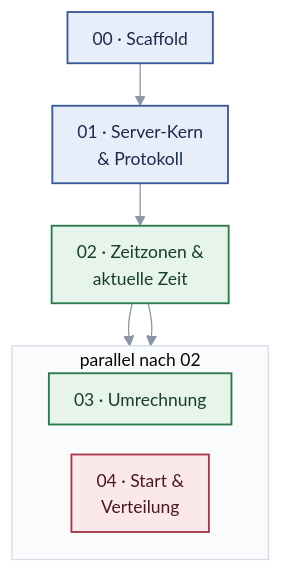
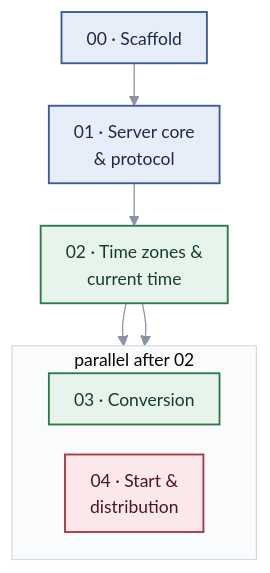
One commit to vompa/mcp-time-net changed the diagram in rebuild/slice-graph-panel.mmd. Above: the diagram before and after it, drawn with Mermaid. The commit also changed 29 other files, not shown here.

Commit message:
Translate the repo to English: README, CLAUDE.md, rebuild plan documents, slice graphs

```diff
--- a/rebuild/slice-graph-panel.mmd
+++ b/rebuild/slice-graph-panel.mmd
@@ -1,16 +1,16 @@
 %%{init: {"theme":"base","fontFamily":"Inter, Segoe UI, Helvetica Neue, Arial, sans-serif","flowchart":{"curve":"basis","nodeSpacing":24,"rankSpacing":34,"padding":10},"themeVariables":{"fontFamily":"Inter, Segoe UI, Helvetica Neue, Arial, sans-serif","fontSize":"14px","lineColor":"#8A94A6"}}}%%
 flowchart TB
   classDef base fill:#E8EEF9,stroke:#3B5B9A,color:#1B2B4A,stroke-width:1.5px
   classDef files fill:#E7F4EC,stroke:#2F7A4D,color:#173D27,stroke-width:1.5px
   classDef proc fill:#FCEFE3,stroke:#B4651E,color:#4F2B0B,stroke-width:1.5px
   classDef finish fill:#FBE8EA,stroke:#A8394A,color:#4A1720,stroke-width:1.5px
 
-  S00["00 · Scaffold"]:::base --> S01["01 · Server-Kern<br/>& Protokoll"]:::base --> S02["02 · Zeitzonen &<br/>aktuelle Zeit"]:::files
-  subgraph Q["parallel nach 02"]
+  S00["00 · Scaffold"]:::base --> S01["01 · Server core<br/>& protocol"]:::base --> S02["02 · Time zones &<br/>current time"]:::files
+  subgraph Q["parallel after 02"]
     direction LR
-    S03["03 · Umrechnung"]:::files
-    S04["04 · Start &<br/>Verteilung"]:::finish
+    S03["03 · Conversion"]:::files
+    S04["04 · Start &<br/>distribution"]:::finish
   end
   S02 --> S03
   S02 --> S04
   style Q fill:#FAFBFC,stroke:#D5DAE3
```
